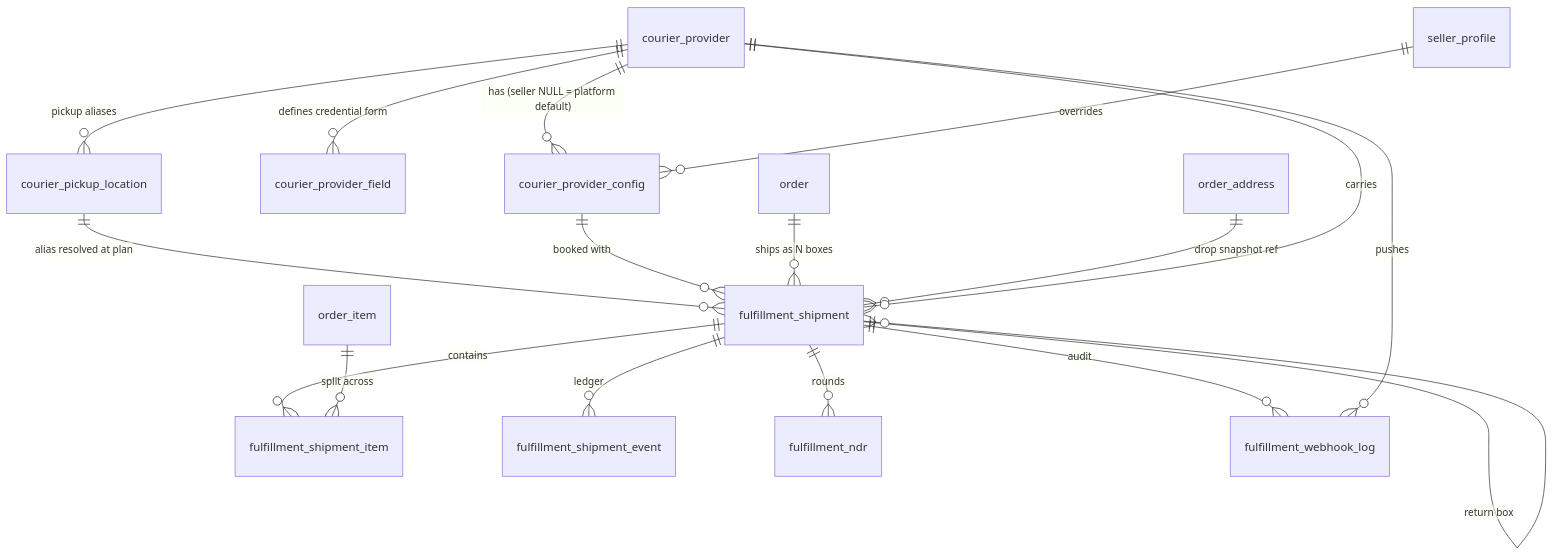
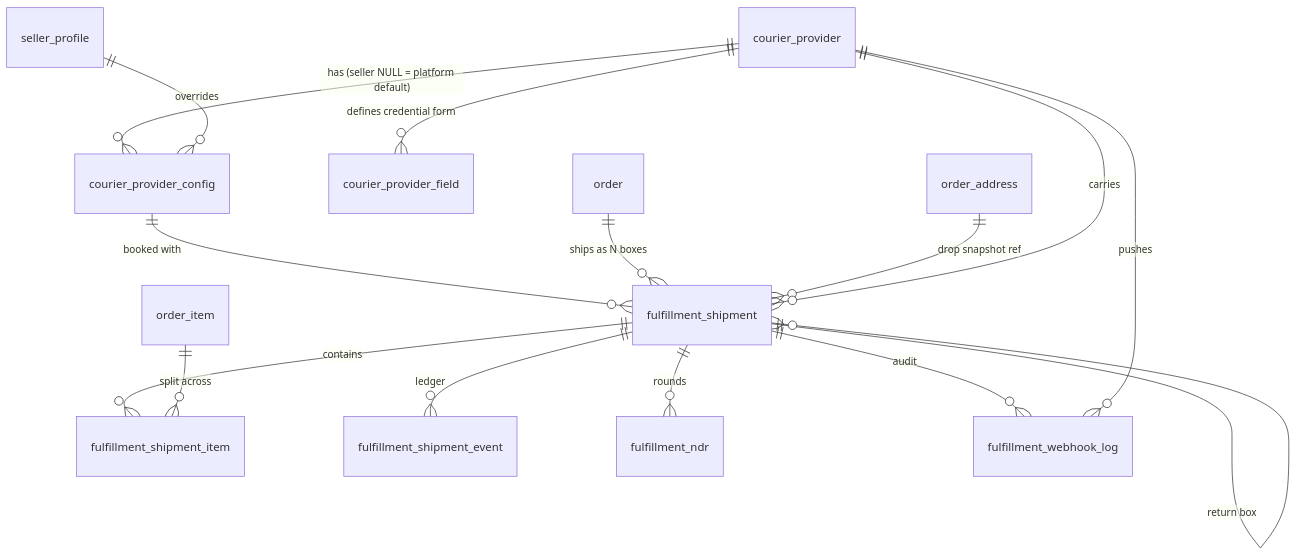
The first of 6 diagrams in specs/013-courier-fulfillment-platform/data-model.md (Zatu-ecom/ecommerce-be), drawn with Mermaid before and after one commit. The commit also changed other lines of this file and 1 other file, not shown here.

Commit message:
refactor(fulfillment): update pickup alias handling to derive nickname at book time

````diff
--- a/specs/013-courier-fulfillment-platform/data-model.md
+++ b/specs/013-courier-fulfillment-platform/data-model.md
@@ -12,19 +12,17 @@
 ```mermaid
 erDiagram
     courier_provider ||--o{ courier_provider_config : "has (seller NULL = platform default)"
     courier_provider ||--o{ courier_provider_field : "defines credential form"
-    courier_provider ||--o{ courier_pickup_location : "pickup aliases"
-    courier_pickup_location ||--o{ fulfillment_shipment : "alias resolved at plan"
     seller_profile ||--o{ courier_provider_config : "overrides"
     courier_provider_config ||--o{ fulfillment_shipment : "booked with"
     "order" ||--o{ fulfillment_shipment : "ships as N boxes"
     order_address ||--o{ fulfillment_shipment : "drop snapshot ref"
     fulfillment_shipment ||--o{ fulfillment_shipment_item : "contains"
     order_item ||--o{ fulfillment_shipment_item : "split across"
     fulfillment_shipment ||--o{ fulfillment_shipment_event : "ledger"
     fulfillment_shipment ||--o{ fulfillment_ndr : "rounds"
     fulfillment_shipment ||--o{ fulfillment_shipment : "return box"
     fulfillment_shipment ||--o{ fulfillment_webhook_log : "audit"
     courier_provider ||--o{ fulfillment_shipment : "carries"
     courier_provider ||--o{ fulfillment_webhook_log : "pushes"
 ```
````
